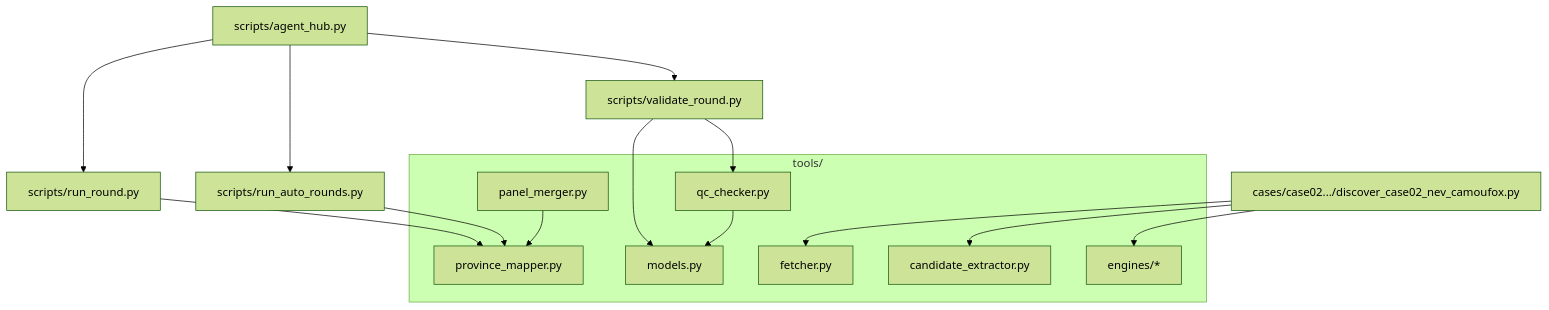
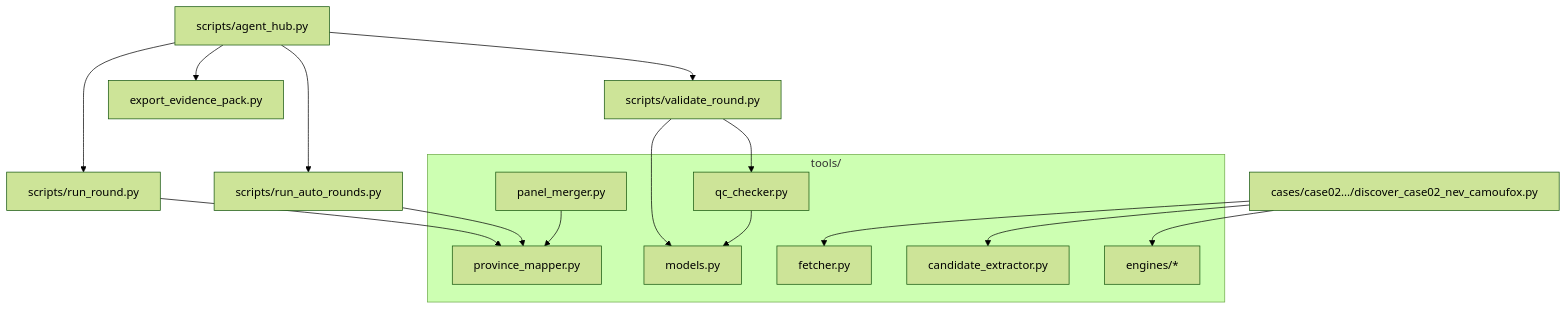
Before and after one commit to Wack520/academic-data-hunter: the third of 3 diagrams in docs/architecture.md, drawn with Mermaid (forest theme). The commit also changed other lines of this file and 139 other files, not shown here.

````diff
--- a/docs/architecture.md
+++ b/docs/architecture.md
@@ -39,26 +40,27 @@
 ```mermaid
 flowchart TD
     subgraph CoreTools[tools/]
         PM[province_mapper.py]
         QC[qc_checker.py]
         MG[panel_merger.py]
         MD[models.py]
         FE[fetcher.py]
         CE[candidate_extractor.py]
         EN[engines/*]
     end
 
     RR[scripts/run_round.py] --> PM
     AR[scripts/run_auto_rounds.py] --> PM
     VR[scripts/validate_round.py] --> QC
     VR --> MD
     AH[scripts/agent_hub.py] --> RR
     AH --> AR
     AH --> VR
+    AH --> EP[export_evidence_pack.py]
 
     D2[cases/case02.../discover_case02_nev_camoufox.py] --> EN
     D2 --> FE
     D2 --> CE
     QC --> MD
     MG --> PM
 ```
````
